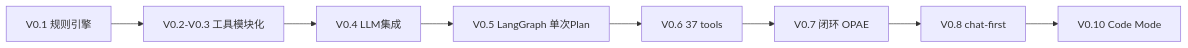
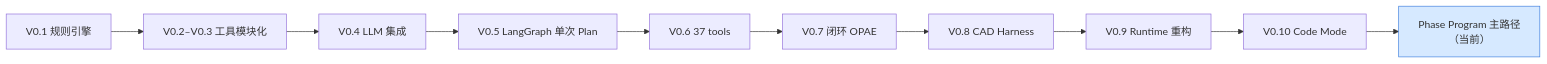
One commit to 201002200303/NL-FreeCAD-Agent changed the diagram in docs/architecture/README.md. Above: the diagram before and after it, drawn with Mermaid. The commit also changed other lines of this file and 29 other files, not shown here.

````diff
--- a/docs/architecture/README.md
+++ b/docs/architecture/README.md
@@ -78,10 +92,14 @@
 ```mermaid
 graph LR
-    V01[V0.1 规则引擎] --> V02[V0.2-V0.3 工具模块化]
-    V02 --> V04[V0.4 LLM集成]
-    V04 --> V05[V0.5 LangGraph 单次Plan]
-    V05 --> V06[V0.6 37 tools]
-    V06 --> V07[V0.7 闭环 OPAE]
-    V07 --> V08[V0.8 chat-first]
-    V08 --> V10[V0.10 Code Mode]
+    V01["V0.1 规则引擎"] --> V02["V0.2–V0.3 工具模块化"]
+    V02 --> V04["V0.4 LLM 集成"]
+    V04 --> V05["V0.5 LangGraph 单次 Plan"]
+    V05 --> V06["V0.6 37 tools"]
+    V06 --> V07["V0.7 闭环 OPAE"]
+    V07 --> V08["V0.8 CAD Harness"]
+    V08 --> V09["V0.9 Runtime 重构"]
+    V09 --> V10["V0.10 Code Mode"]
+    V10 --> MAIN["Phase Program 主路径<br/>（当前）"]
+
+    style MAIN fill:#d6e9ff,stroke:#3b7ddd
 ```
````
